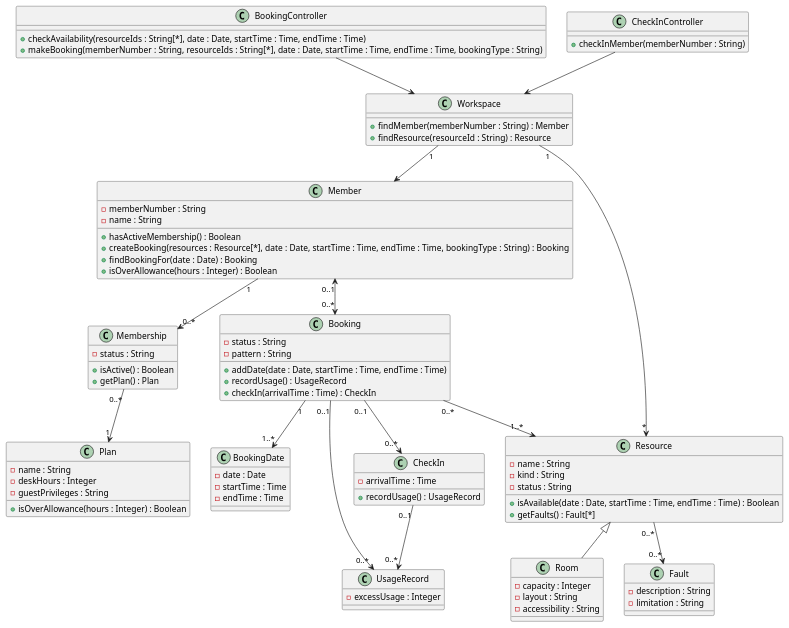
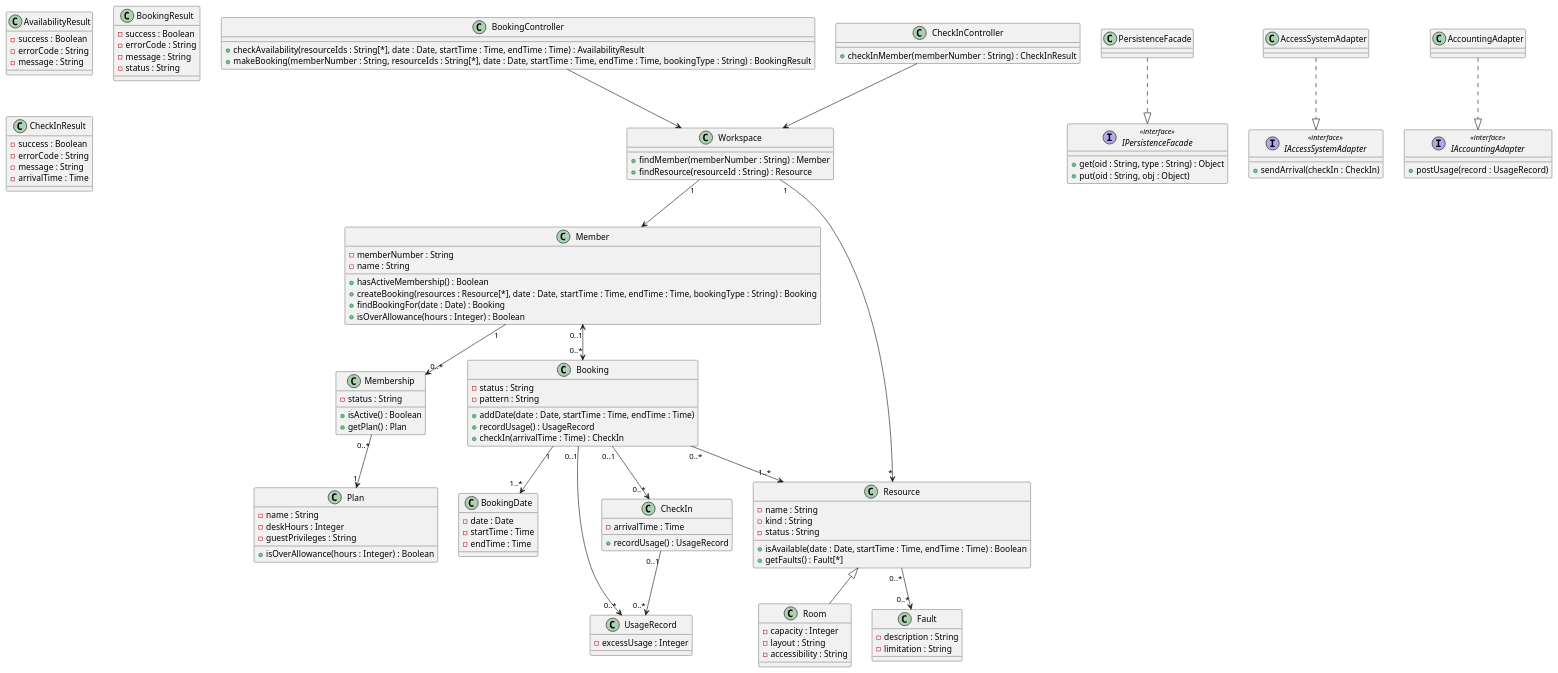
The diagram in ca2-design/diagrams/class-diagram.puml (SwoopCodes/Object-Oriented-Analysis), drawn with PlantUML before and after one commit. The commit also changed 2 other files, not shown here.

Commit message:
Complete Architecture md and Updated Class diagram puml and AI log items

```diff
--- a/ca2-design/diagrams/class-diagram.puml
+++ b/ca2-design/diagrams/class-diagram.puml
@@ -1,96 +1,140 @@
 @startuml
 
 class BookingController {
-  + checkAvailability(resourceIds : String[*], date : Date, startTime : Time, endTime : Time)
-  + makeBooking(memberNumber : String, resourceIds : String[*], date : Date, startTime : Time, endTime : Time, bookingType : String)
+  + checkAvailability(resourceIds : String[*], date : Date, startTime : Time, endTime : Time) : AvailabilityResult
+  + makeBooking(memberNumber : String, resourceIds : String[*], date : Date, startTime : Time, endTime : Time, bookingType : String) : BookingResult
 }
 
 class CheckInController {
-  + checkInMember(memberNumber : String)
+  + checkInMember(memberNumber : String) : CheckInResult
 }
 
 class Workspace {
   + findMember(memberNumber : String) : Member
   + findResource(resourceId : String) : Resource
 }
 
 class Member {
   - memberNumber : String
   - name : String
   + hasActiveMembership() : Boolean
   + createBooking(resources : Resource[*], date : Date, startTime : Time, endTime : Time, bookingType : String) : Booking
   + findBookingFor(date : Date) : Booking
   + isOverAllowance(hours : Integer) : Boolean
 }
 
 class Membership {
   - status : String
   + isActive() : Boolean
   + getPlan() : Plan
 }
 
 class Plan {
   - name : String
   - deskHours : Integer
   - guestPrivileges : String
   + isOverAllowance(hours : Integer) : Boolean
 }
 
 class Booking {
   - status : String
   - pattern : String
   + addDate(date : Date, startTime : Time, endTime : Time)
   + recordUsage() : UsageRecord
   + checkIn(arrivalTime : Time) : CheckIn
 }
 
 class BookingDate {
   - date : Date
   - startTime : Time
   - endTime : Time
 }
 
 class Resource {
   - name : String
   - kind : String
   - status : String
   + isAvailable(date : Date, startTime : Time, endTime : Time) : Boolean
   + getFaults() : Fault[*]
 }
 
 class Room {
   - capacity : Integer
   - layout : String
   - accessibility : String
 }
 
 class Fault {
   - description : String
   - limitation : String
 }
 
 class CheckIn {
   - arrivalTime : Time
   + recordUsage() : UsageRecord
 }
 
 class UsageRecord {
   - excessUsage : Integer
 }
 
 BookingController --> Workspace
 CheckInController --> Workspace
 Workspace "1" --> Member
 Workspace "1" --> "*" Resource
 Member "1" --> "0..*" Membership
 Membership "0..*" --> "1" Plan
 Member "0..1" <--> "0..*" Booking
 Booking "1" --> "1..*" BookingDate
 Booking "0..*" --> "1..*" Resource
 Booking "0..1" --> "0..*" CheckIn
 Booking "0..1" --> "0..*" UsageRecord
 CheckIn "0..1" --> "0..*" UsageRecord
 Resource "0..*" --> "0..*" Fault
 
 Resource <|-- Room
+
+' ---- T20: result types (step 17 needs these to exist) ----
+class AvailabilityResult {
+  - success : Boolean
+  - errorCode : String
+  - message : String
+}
+
+class BookingResult {
+  - success : Boolean
+  - errorCode : String
+  - message : String
+  - status : String
+}
+
+class CheckInResult {
+  - success : Boolean
+  - errorCode : String
+  - message : String
+  - arrivalTime : Time
+}
+
+' ---- T20: interfaces (step 15) ----
+interface IPersistenceFacade <<interface>> {
+  + get(oid : String, type : String) : Object
+  + put(oid : String, obj : Object)
+}
+
+interface IAccessSystemAdapter <<interface>> {
+  + sendArrival(checkIn : CheckIn)
+}
+
+interface IAccountingAdapter <<interface>> {
+  + postUsage(record : UsageRecord)
+}
+
+' ---- T20: classes that provide them (step 16) ----
+class PersistenceFacade
+class AccessSystemAdapter
+class AccountingAdapter
+
+PersistenceFacade ..|> IPersistenceFacade
+AccessSystemAdapter ..|> IAccessSystemAdapter
+AccountingAdapter ..|> IAccountingAdapter
 @enduml
```
